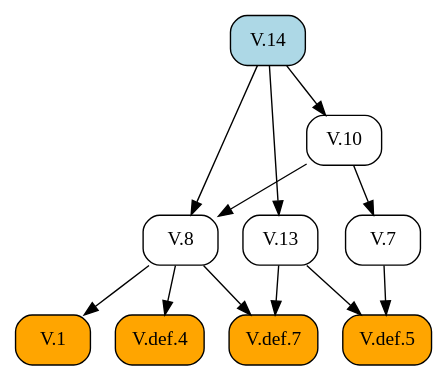
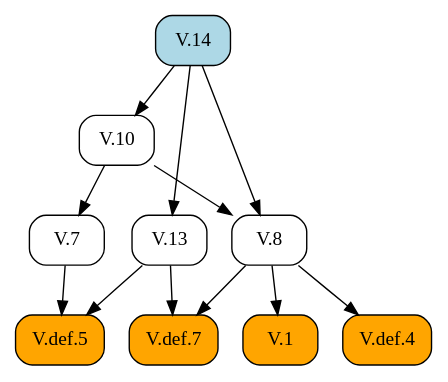
The diagram in docsrc/heath/V/14/index.rst (geometor/elements), drawn with Graphviz before and after one commit. The commit also changed other lines of this file and 484 other files, not shown here.

```diff
--- a/docsrc/heath/V/14/index.rst
+++ b/docsrc/heath/V/14/index.rst
@@ -46,26 +46,26 @@
 .. graphviz::
 
    digraph {
      rankdir="TB";
      node [shape=box, style=rounded];
-     "V.8" [URL="/heath/V/8/", target="_top"];
+     "V.10" [URL="/heath/V/10/", target="_top"];
+     "V.def.7" [style="rounded,filled", fillcolor=orange, URL="/heath/V/def.7/", target="_top"];
      "V.1" [style="rounded,filled", fillcolor=orange, URL="/heath/V/1/", target="_top"];
+     "V.13" [URL="/heath/V/13/", target="_top"];
      "V.7" [URL="/heath/V/7/", target="_top"];
-     "V.def.4" [style="rounded,filled", fillcolor=orange, URL="/heath/V/def.4/", target="_top"];
      "V.14" [style="rounded,filled", fillcolor=lightblue, URL="/heath/V/14/", target="_top"];
      "V.def.5" [style="rounded,filled", fillcolor=orange, URL="/heath/V/def.5/", target="_top"];
-     "V.def.7" [style="rounded,filled", fillcolor=orange, URL="/heath/V/def.7/", target="_top"];
-     "V.10" [URL="/heath/V/10/", target="_top"];
-     "V.13" [URL="/heath/V/13/", target="_top"];
+     "V.def.4" [style="rounded,filled", fillcolor=orange, URL="/heath/V/def.4/", target="_top"];
+     "V.8" [URL="/heath/V/8/", target="_top"];
+     "V.14" -> "V.10";
+     "V.8" -> "V.def.7";
+     "V.13" -> "V.def.7";
+     "V.8" -> "V.1";
+     "V.14" -> "V.13";
+     "V.10" -> "V.7";
+     "V.7" -> "V.def.5";
+     "V.13" -> "V.def.5";
+     "V.8" -> "V.def.4";
      "V.10" -> "V.8";
      "V.14" -> "V.8";
-     "V.8" -> "V.1";
-     "V.10" -> "V.7";
-     "V.8" -> "V.def.4";
-     "V.7" -> "V.def.5";
-     "V.13" -> "V.def.5";
-     "V.8" -> "V.def.7";
-     "V.13" -> "V.def.7";
-     "V.14" -> "V.10";
-     "V.14" -> "V.13";
    }
```
